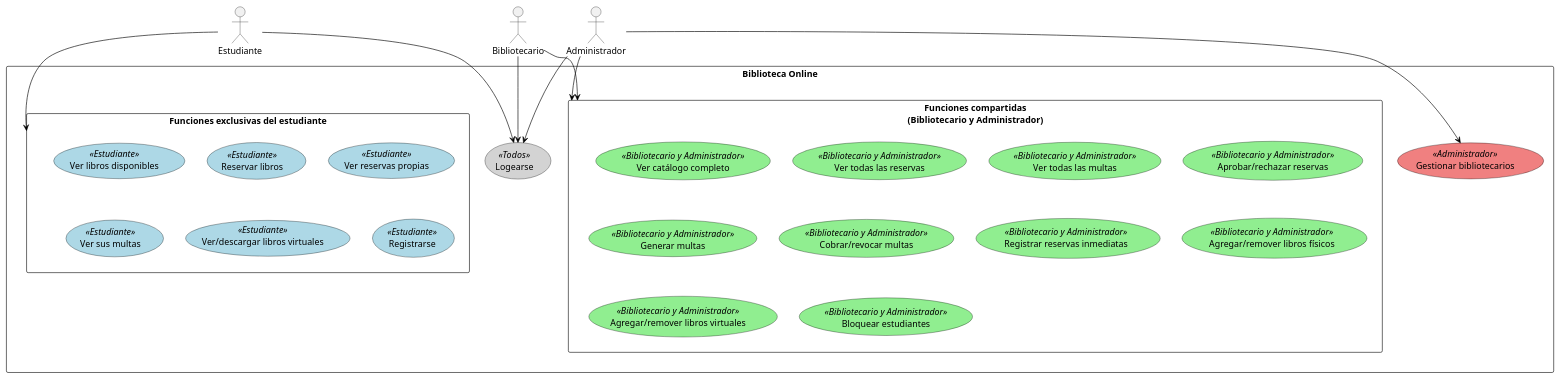
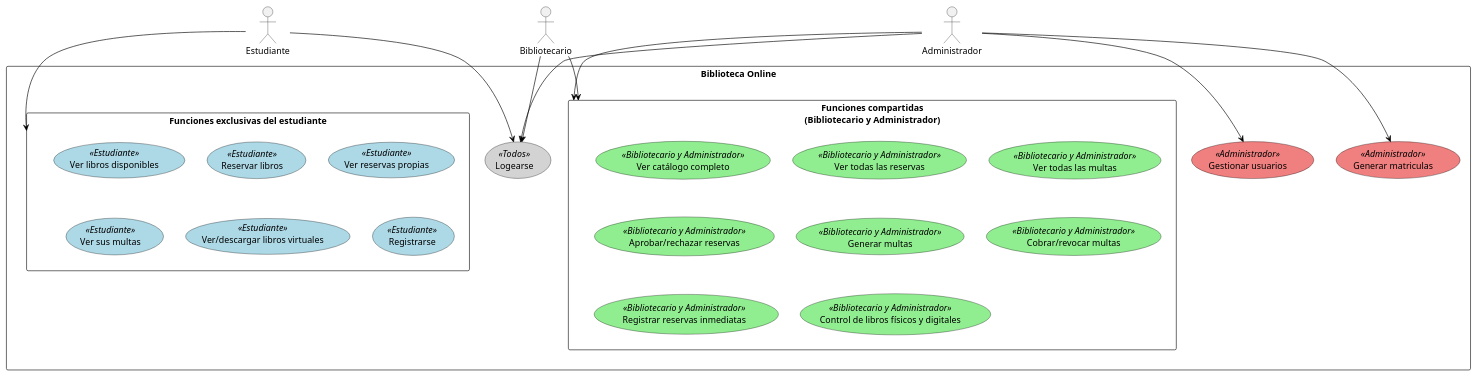
The diagram in src/Final Project/Documentacion/Diagramas/Codigo de diagramas/Diagrama de casos de uso.plantuml (Crhistian26/ITLA-HomeWork-Programming-1), drawn with PlantUML before and after one commit. The commit also changed 5 other files, not shown here.

```diff
--- a/src/Final Project/Documentacion/Diagramas/Codigo de diagramas/Diagrama de casos de uso.plantuml
+++ b/src/Final Project/Documentacion/Diagramas/Codigo de diagramas/Diagrama de casos de uso.plantuml
@@ -1,52 +1,52 @@
 @startuml
 skinparam packageStyle rectangle
 skinparam usecase {
     BackgroundColor<<Estudiante>> LightBlue
     BackgroundColor<<Todos>> LightGray
     BackgroundColor<<Administrador>> LightCoral
     BackgroundColor<<Bibliotecario y Administrador>> LightGreen
     BorderColor Black
     ArrowColor Black
 }
 
 actor Estudiante
 actor Bibliotecario
 actor Administrador
 
 rectangle "Biblioteca Online" {
 
     usecase "Logearse" as L <<Todos>>
 
     Estudiante --> L
     Administrador --> L
     Bibliotecario --> L
 
     rectangle "Funciones exclusivas del estudiante" as E  {
         usecase "Ver libros disponibles"  <<Estudiante>>
         usecase "Reservar libros"  <<Estudiante>>
         usecase "Ver reservas propias"  <<Estudiante>>
         usecase "Ver sus multas"  <<Estudiante>>
         usecase "Ver/descargar libros virtuales"  <<Estudiante>>
         usecase "Registrarse" <<Estudiante>>
     }
    
     rectangle "Funciones compartidas\n(Bibliotecario y Administrador)" as BA{
         usecase "Ver catálogo completo" <<Bibliotecario y Administrador>>
         usecase "Ver todas las reservas" <<Bibliotecario y Administrador>>
         usecase "Ver todas las multas" <<Bibliotecario y Administrador>>
         usecase "Aprobar/rechazar reservas" <<Bibliotecario y Administrador>>
         usecase "Generar multas" <<Bibliotecario y Administrador>>
         usecase "Cobrar/revocar multas" <<Bibliotecario y Administrador>>
         usecase "Registrar reservas inmediatas" <<Bibliotecario y Administrador>>
-        usecase "Agregar/remover libros físicos" <<Bibliotecario y Administrador>>
-        usecase "Agregar/remover libros virtuales" <<Bibliotecario y Administrador>>
-        usecase "Bloquear estudiantes" <<Bibliotecario y Administrador>>
+        usecase "Control de libros físicos y digitales" <<Bibliotecario y Administrador>>
     }
 
     Estudiante --> E
     Bibliotecario --> BA
     Administrador --> BA
-    usecase "Gestionar bibliotecarios" as A1 <<Administrador>>
+    usecase "Gestionar usuarios" as A1 <<Administrador>>
+    usecase "Generar matriculas" as A2 <<Administrador>>
     Administrador --> A1
+    Administrador --> A2
 }
 @enduml
```
